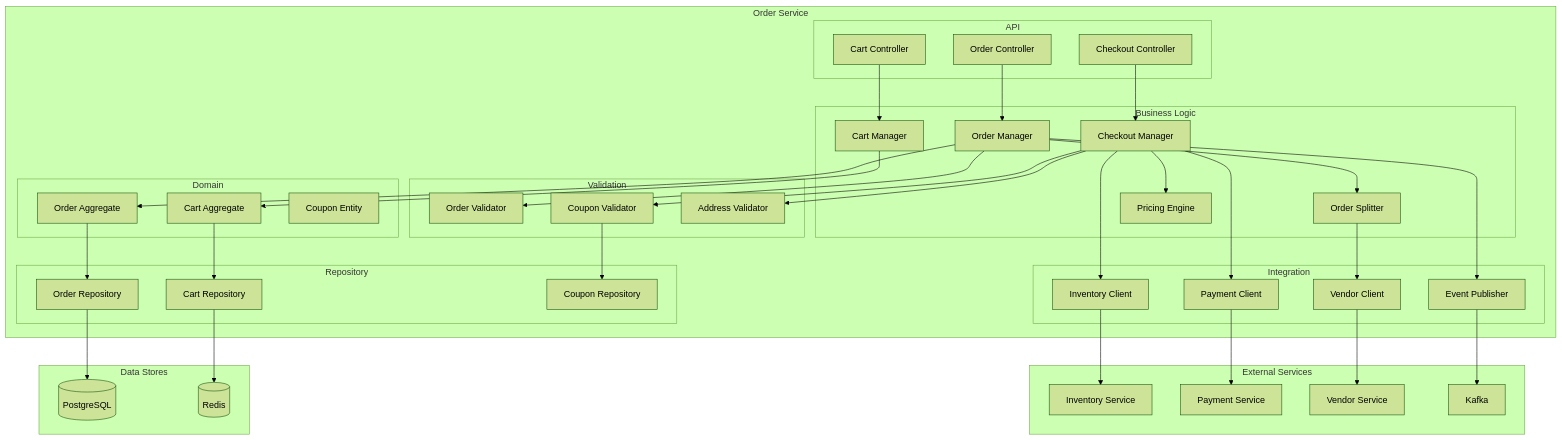
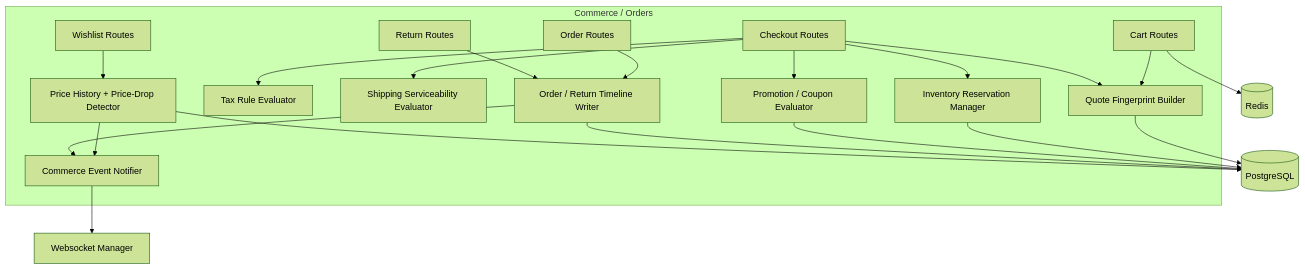
One commit to 0Ankit0/e-commerce changed the third of 4 diagrams in docs/system-design/detailed-design/component-diagrams.md. Above: the diagram before and after it, drawn with Mermaid (forest theme). The commit also changed other lines of this file and 24 other files, not shown here.

````diff
--- a/docs/system-design/detailed-design/component-diagrams.md
+++ b/docs/system-design/detailed-design/component-diagrams.md
@@ -189,85 +110,44 @@
 ```mermaid
 graph TB
-    subgraph "Order Service"
-        subgraph "API"
-            OrderController[Order Controller]
-            CartController[Cart Controller]
-            CheckoutController[Checkout Controller]
-        end
+    subgraph "Commerce / Orders"
+        CartAPI[Cart Routes]
+        WishlistAPI[Wishlist Routes]
+        CheckoutAPI[Checkout Routes]
+        OrdersAPI[Order Routes]
+        ReturnsAPI[Return Routes]
 
-        subgraph "Business Logic"
-            OrderManager[Order Manager]
-            CartManager[Cart Manager]
-            CheckoutManager[Checkout Manager]
-            OrderSplitter[Order Splitter]
-            PricingEngine[Pricing Engine]
-        end
-
-        subgraph "Validation"
-            OrderValidator[Order Validator]
-            CouponValidator[Coupon Validator]
-            AddressValidator[Address Validator]
-        end
-
-        subgraph "Domain"
-            OrderAggregate[Order Aggregate]
-            CartAggregate[Cart Aggregate]
-            CouponEntity[Coupon Entity]
-        end
-
-        subgraph "Repository"
-            OrderRepo[Order Repository]
-            CartRepo[Cart Repository]
-            CouponRepo[Coupon Repository]
-        end
-
-        subgraph "Integration"
-            InventoryClient[Inventory Client]
-            PaymentClient[Payment Client]
-            VendorClient[Vendor Client]
-            EventPublisher[Event Publisher]
-        end
+        QuoteEngine[Quote Fingerprint Builder]
+        TaxRules[Tax Rule Evaluator]
+        ShippingRules[Shipping Serviceability Evaluator]
+        PromoRules[Promotion / Coupon Evaluator]
+        Reservations[Inventory Reservation Manager]
+        Timelines[Order / Return Timeline Writer]
+        PriceDrops[Price History + Price-Drop Detector]
+        Notify[Commerce Event Notifier]
     end
 
-    subgraph "External Services"
-        InventorySvc[Inventory Service]
-        PaymentSvc[Payment Service]
-        VendorSvc[Vendor Service]
-        Kafka[Kafka]
-    end
+    DB[(PostgreSQL)]
+    Cache[(Redis)]
+    WS[Websocket Manager]
 
-    subgraph "Data Stores"
-        PostgreSQL[(PostgreSQL)]
-        Redis[(Redis)]
-    end
+    CartAPI --> QuoteEngine
+    WishlistAPI --> PriceDrops
+    CheckoutAPI --> QuoteEngine
+    CheckoutAPI --> Reservations
+    CheckoutAPI --> PromoRules
+    CheckoutAPI --> TaxRules
+    CheckoutAPI --> ShippingRules
+    OrdersAPI --> Timelines
+    ReturnsAPI --> Timelines
 
-    OrderController --> OrderManager
-    CartController --> CartManager
-    CheckoutController --> CheckoutManager
+    PriceDrops --> Notify
+    Timelines --> Notify
+    Notify --> WS
 
-    OrderManager --> OrderSplitter
-    OrderManager --> OrderValidator
-    CheckoutManager --> PricingEngine
-    CheckoutManager --> CouponValidator
-    CheckoutManager --> AddressValidator
-
-    OrderManager --> OrderAggregate
-    CartManager --> CartAggregate
-
-    OrderAggregate --> OrderRepo
-    CartAggregate --> CartRepo
-    CouponValidator --> CouponRepo
-
-    CheckoutManager --> InventoryClient
-    CheckoutManager --> PaymentClient
-    OrderSplitter --> VendorClient
-    OrderManager --> EventPublisher
-
-    InventoryClient --> InventorySvc
-    PaymentClient --> PaymentSvc
-    VendorClient --> VendorSvc
-    EventPublisher --> Kafka
-
-    OrderRepo --> PostgreSQL
-    CartRepo --> Redis
+    QuoteEngine --> DB
+    Reservations --> DB
+    PromoRules --> DB
+    Timelines --> DB
+    PriceDrops --> DB
+    CartAPI --> Cache
 ```
````
